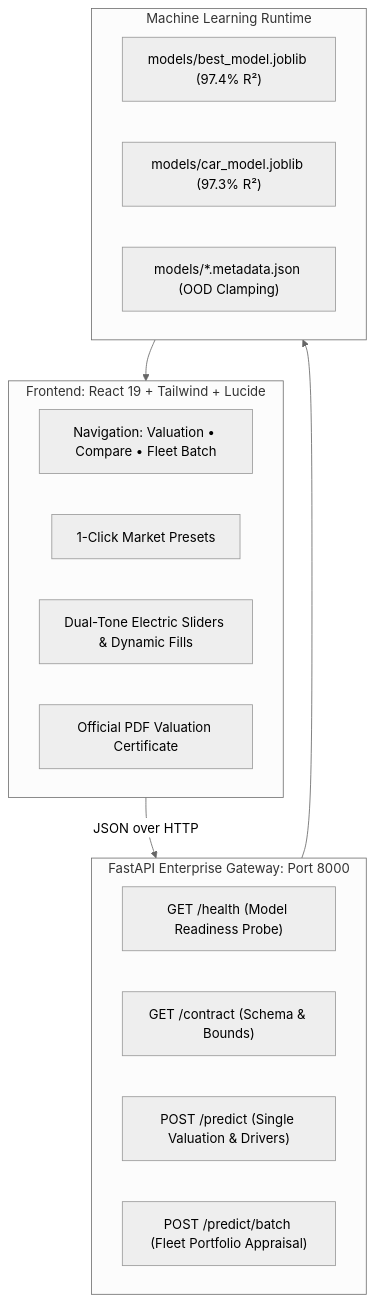
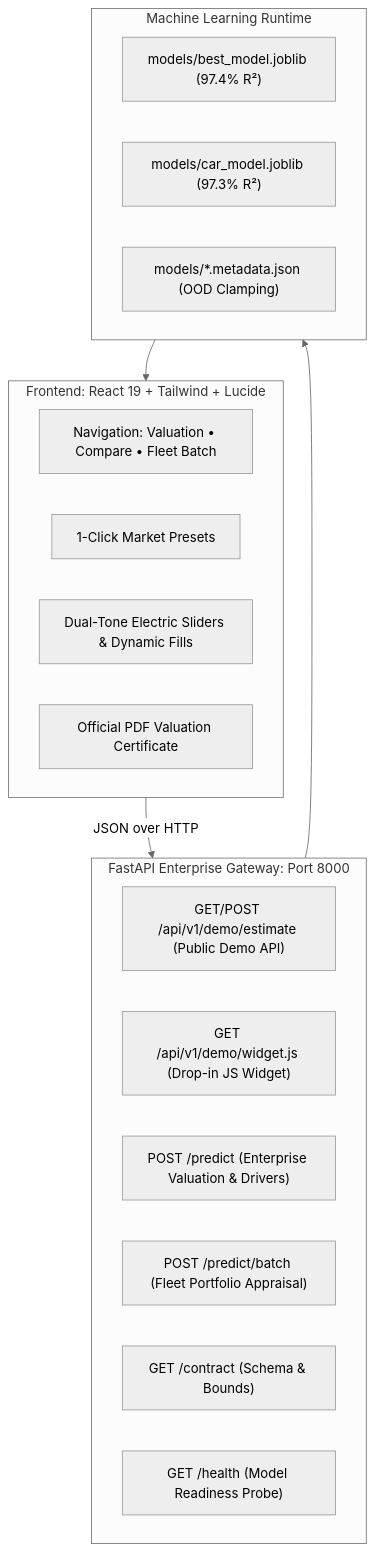
The third of 3 diagrams in README.md (harshitthek/used-bike-price), drawn with Mermaid (neutral theme) before and after one commit. The commit also changed other lines of this file, not shown here.

Commit message:
docs: deeply update README with real-value economic physics, portfolio demo API, and benchmark diagrams

````diff
--- a/README.md
+++ b/README.md
@@ -108,26 +250,28 @@
 ```mermaid
 graph TD
     subgraph ClientLayer [Frontend: React 19 + Tailwind + Lucide]
         ModeToggle[Navigation: Valuation • Compare • Fleet Batch]
         PresetsGrid[1-Click Market Presets]
         Sliders[Dual-Tone Electric Sliders & Dynamic Fills]
         CertModal[Official PDF Valuation Certificate]
     end
 
     subgraph APILayer [FastAPI Enterprise Gateway: Port 8000]
+        DemoEP["GET/POST /api/v1/demo/estimate (Public Demo API)"]
+        WidgetEP["GET /api/v1/demo/widget.js (Drop-in JS Widget)"]
+        PredictEP["POST /predict (Enterprise Valuation & Drivers)"]
+        BatchEP["POST /predict/batch (Fleet Portfolio Appraisal)"]
+        ContractEP["GET /contract (Schema & Bounds)"]
         HealthEP["GET /health (Model Readiness Probe)"]
-        ContractEP["GET /contract (Schema & Bounds)"]
-        PredictEP["POST /predict (Single Valuation & Drivers)"]
-        BatchEP["POST /predict/batch (Fleet Portfolio Appraisal)"]
     end
 
     subgraph MLLayer [Machine Learning Runtime]
         BikeModel["models/best_model.joblib (97.4% R²)"]
         CarModel["models/car_model.joblib (97.3% R²)"]
         Metadata["models/*.metadata.json (OOD Clamping)"]
     end
 
     ClientLayer -- JSON over HTTP --> APILayer
     APILayer --> MLLayer
     MLLayer --> ClientLayer
 ```
````
